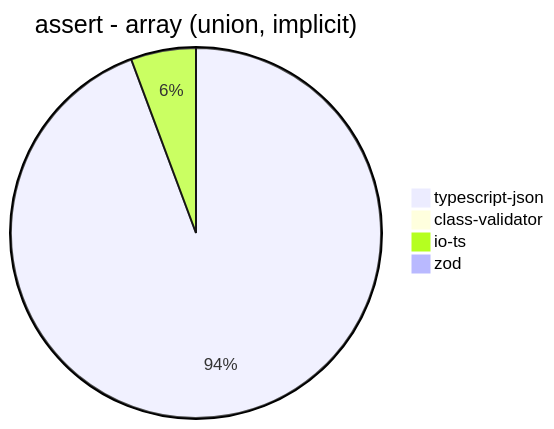
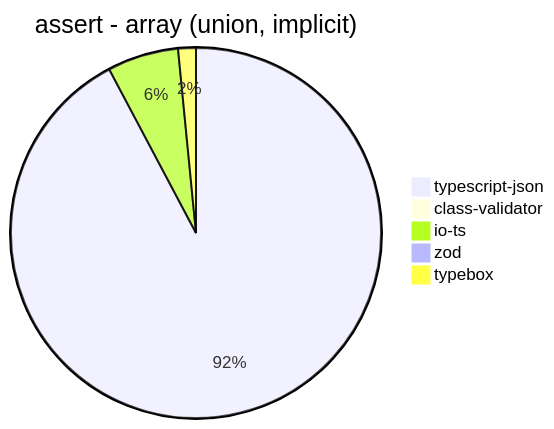
One commit to samchon/typia changed diagram 15 of 39 in benchmark/results/AMD Ryzen 7 5800H with Radeon Graphics.md. Above: the diagram before and after it, drawn with Mermaid. The commit also changed other lines of this file and 6 other files, not shown here.

````diff
--- a/benchmark/results/AMD Ryzen 7 5800H with Radeon Graphics.md
+++ b/benchmark/results/AMD Ryzen 7 5800H with Radeon Graphics.md
@@ -172,7 +186,8 @@
 ```mermaid
 pie title assert - array (union, implicit)
-  "typescript-json": 1939.1083725987678
-  "class-validator": 8.987081070960494
-  "io-ts": 116.8903803131991
-  "zod": 3.79003221527383
+  "typescript-json": 1747.364594692839
+  "class-validator": 8.61100711344066
+  "io-ts": 117.59207328472611
+  "zod": 3.5600524639310476
+  "typebox": 29.383886255924168
 ```
````
